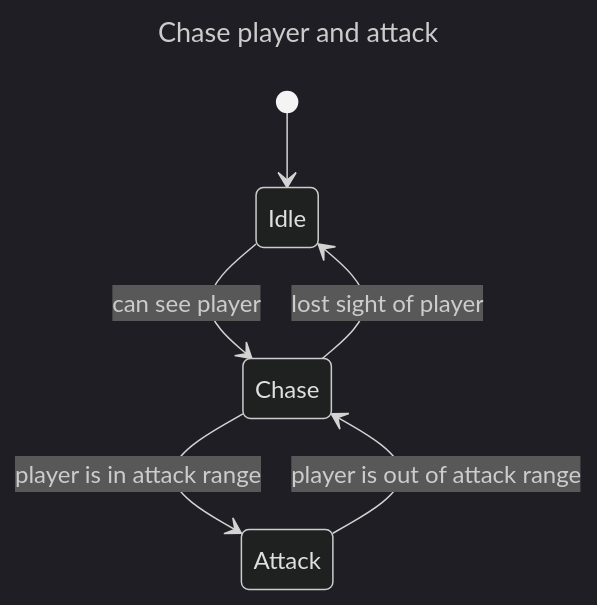
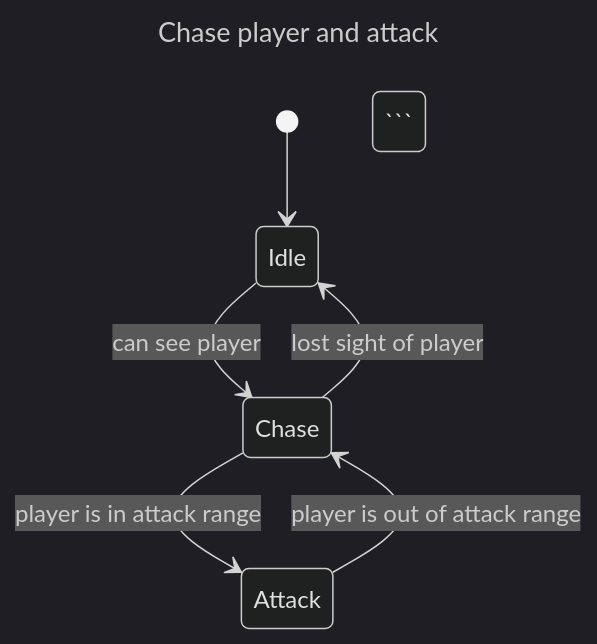
One commit to mugenmelon/mugenmelon.github.io changed the diagram in _posts/1970-01-01-misunderstanding-state-machines.md. Above: the diagram before and after it, drawn with Mermaid (dark theme).

````diff
--- a/_posts/1970-01-01-misunderstanding-state-machines.md
+++ b/_posts/1970-01-01-misunderstanding-state-machines.md
@@ -32,11 +32,12 @@
-```mermaid
+<pre class="mermaid">
 ---
 title: Chase player and attack
 ---
 stateDiagram-v2
     [*] --> Idle
     Idle --> Chase: can see player
     Chase --> Attack: player is in attack range
     Chase --> Idle: lost sight of player
     Attack --> Chase: player is out of attack range
 ```
+</pre>
````
